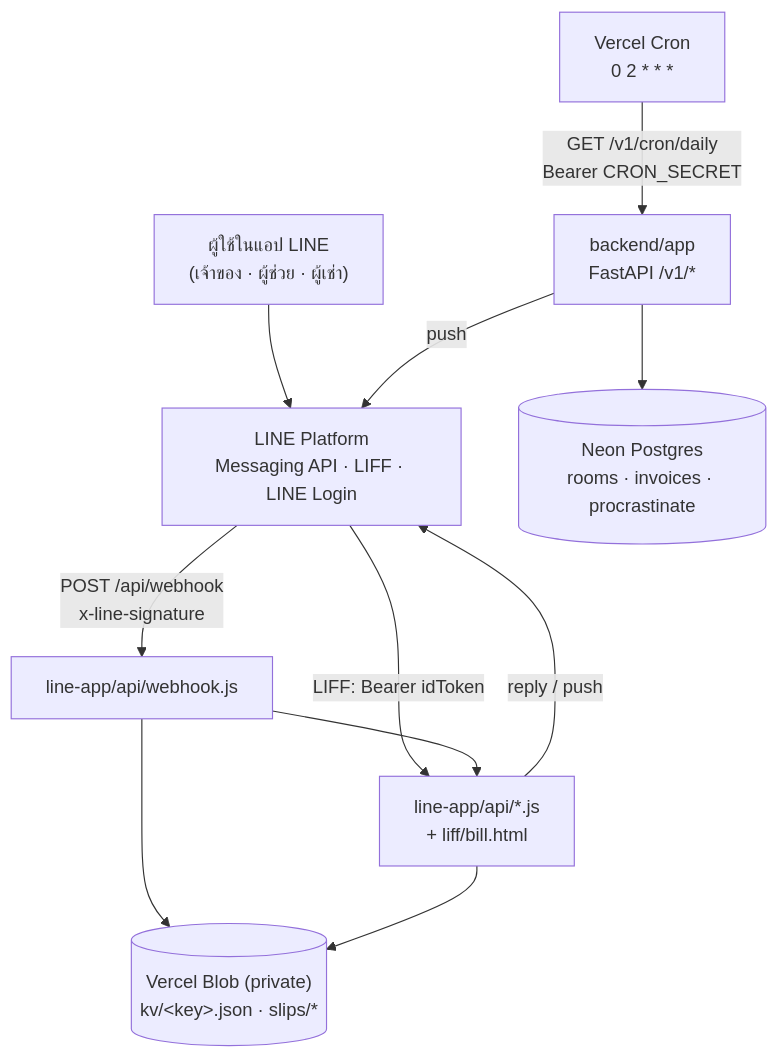
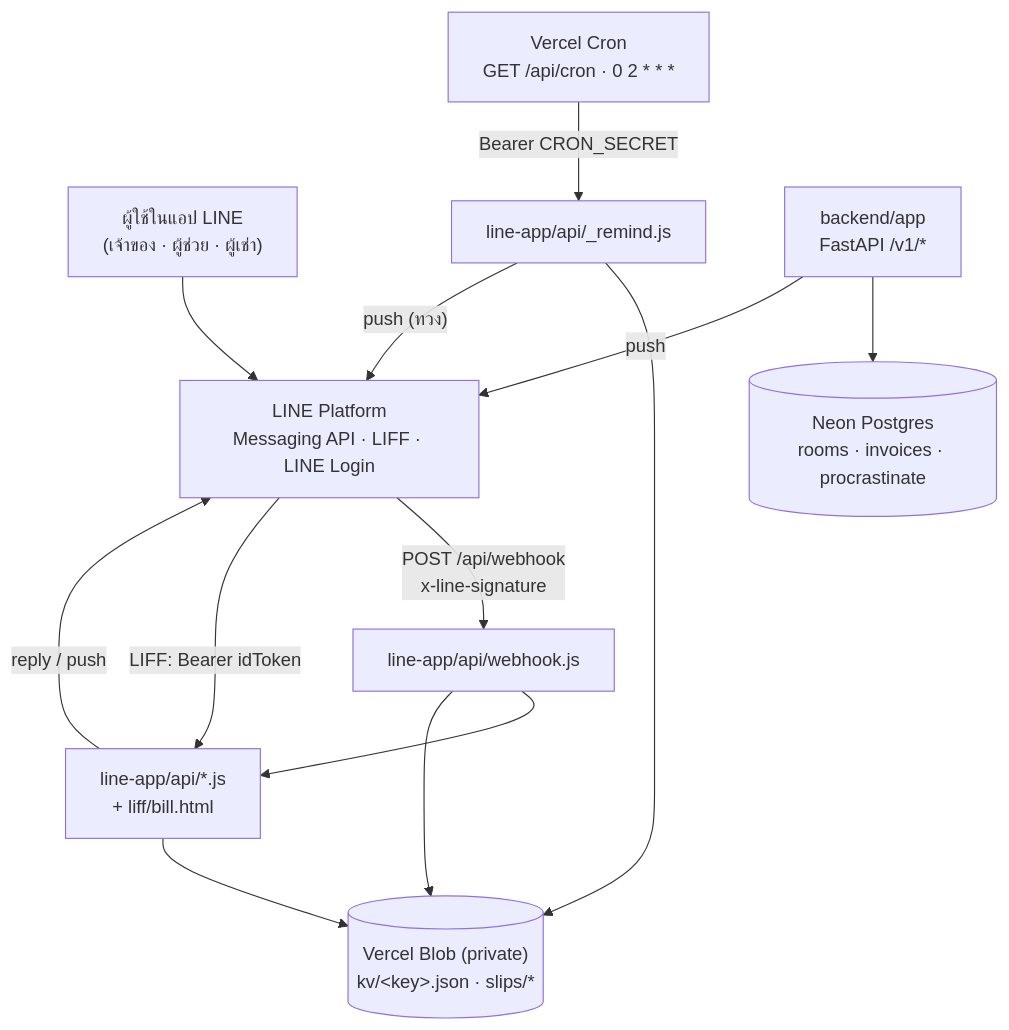
One commit to WinTuner/Dormplus-prototype changed the diagram in docs/ARCHITECTURE.md. Above: the diagram before and after it, drawn with Mermaid. The commit also changed other lines of this file and 13 other files, not shown here.

````diff
--- a/docs/ARCHITECTURE.md
+++ b/docs/ARCHITECTURE.md
@@ -51,22 +56,25 @@
 ```mermaid
 graph TD
   USER["ผู้ใช้ในแอป LINE<br/>(เจ้าของ · ผู้ช่วย · ผู้เช่า)"]
   LINE["LINE Platform<br/>Messaging API · LIFF · LINE Login"]
   WH["line-app/api/webhook.js"]
   API["line-app/api/*.js<br/>+ liff/bill.html"]
   BLOB[("Vercel Blob (private)<br/>kv/&lt;key&gt;.json · slips/*")]
-  CRON["Vercel Cron<br/>0 2 * * *"]
+  CRON["Vercel Cron<br/>GET /api/cron · 0 2 * * *"]
+  REM["line-app/api/_remind.js"]
   BE["backend/app<br/>FastAPI /v1/*"]
   PG[("Neon Postgres<br/>rooms · invoices · procrastinate")]
 
   USER --> LINE
   LINE -->|"POST /api/webhook<br/>x-line-signature"| WH
   LINE -->|"LIFF: Bearer idToken"| API
   WH --> API
   WH --> BLOB
   API --> BLOB
   API -->|"reply / push"| LINE
-  CRON -->|"GET /v1/cron/daily<br/>Bearer CRON_SECRET"| BE
+  CRON -->|"Bearer CRON_SECRET"| REM
+  REM --> BLOB
+  REM -->|"push (ทวง)"| LINE
   BE --> PG
   BE -->|"push"| LINE
 ```
````
